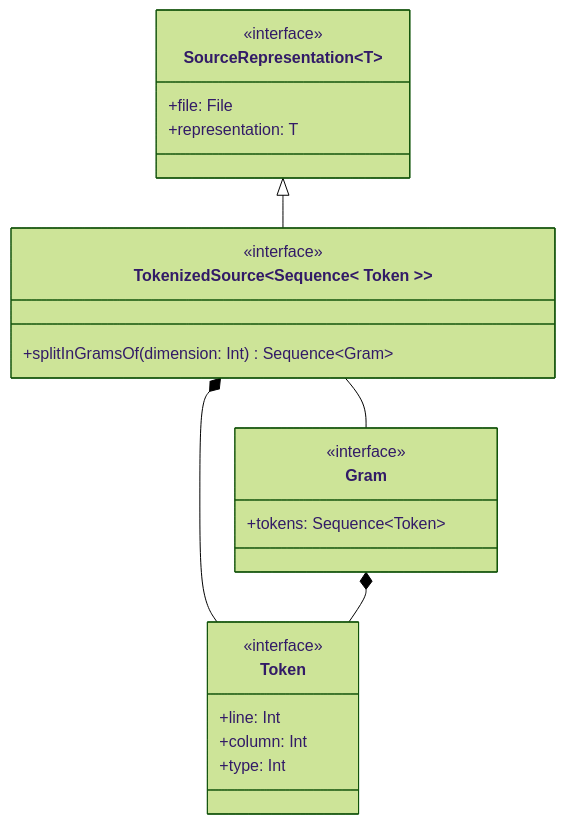
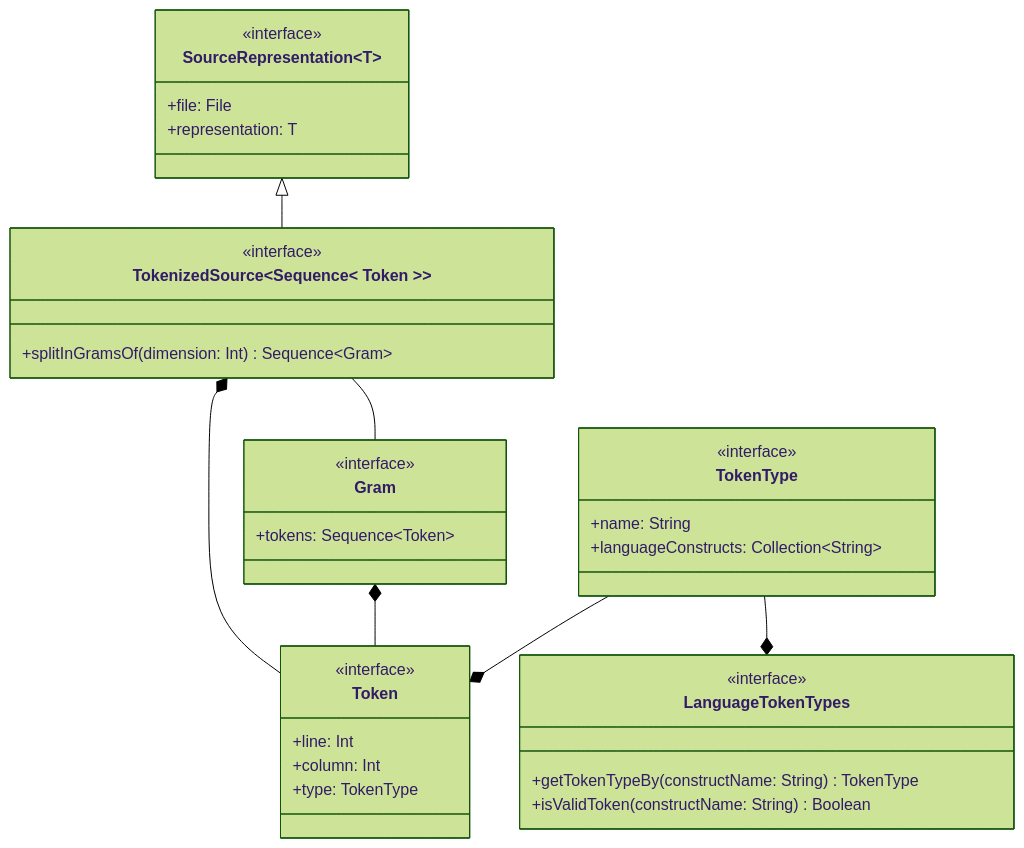
The ninth of 12 diagrams in doc.md (tassiLuca/code-plagiarism-detector-doc), drawn with Mermaid (forest theme) before and after one commit. The commit also changed other lines of this file, not shown here.

Commit message:
add implementation details

````diff
--- a/doc.md
+++ b/doc.md
@@ -345,29 +349,43 @@
 ```mermaid
 classDiagram
     direction BT
     class SourceRepresentation~T~ {
         <<interface>>
         +file: File
         +representation: T
     }
     class TokenizedSource~Sequence< Token >~ {
         <<interface>>
         +splitInGramsOf(dimension: Int) Sequence~Gram~
     }
     TokenizedSource --|> SourceRepresentation
 
     class Token {
         <<interface>>
         +line: Int
         +column: Int
-        +type: Int
+        +type: TokenType
     }
     Token --* TokenizedSource
 
     class Gram {
         <<interface>>
         +tokens: Sequence~Token~
     }
     Token --* Gram
     Gram -- TokenizedSource
+
+    class TokenType {
+        <<interface>>
+        +name: String
+        +languageConstructs: Collection~String~
+    }
+    Token *-- TokenType
+
+    class LanguageTokenTypes {
+        <<interface>>
+        +getTokenTypeBy(constructName: String) TokenType
+        +isValidToken(constructName: String) Boolean
+    }
+    LanguageTokenTypes *-- TokenType
 ```
````
